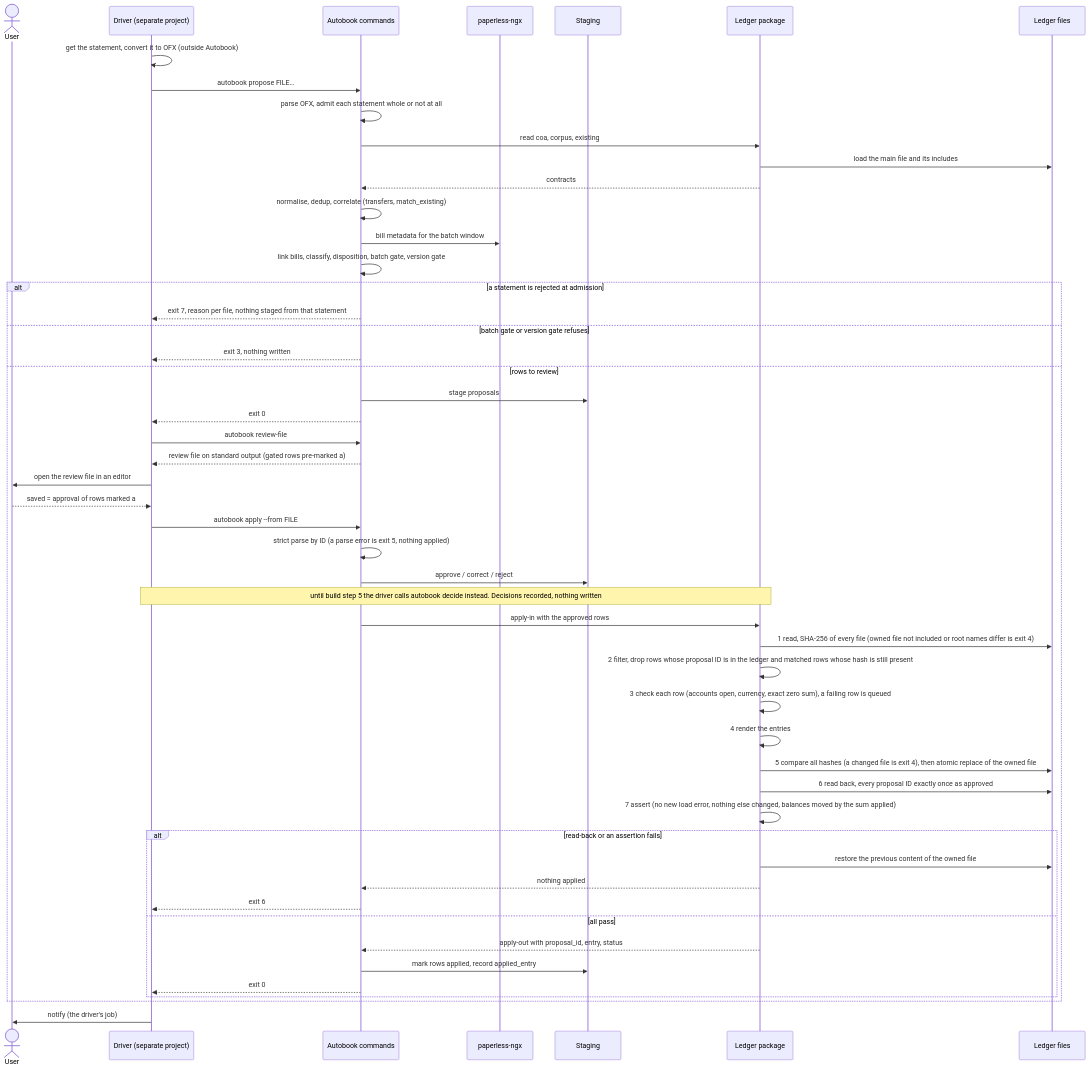
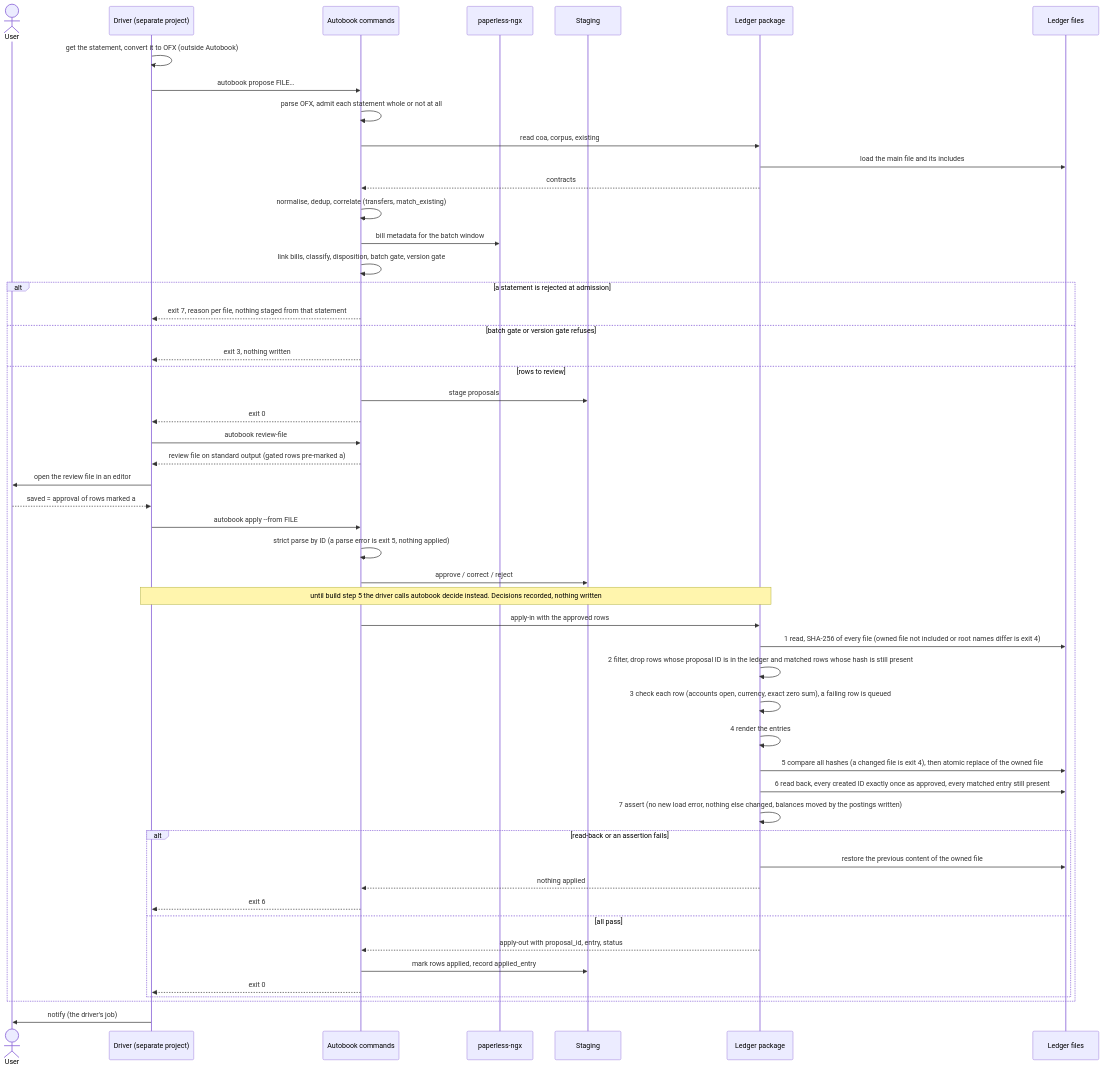
Before and after one commit to Ralphovi/autobook: the diagram in docs/design/architecture/diagrams/booking-run-sequence.mermaid, drawn with Mermaid. The commit also changed 8 other files, not shown here.

First line of the commit message:
docs: separate read-back and balance checks for matched rows (Codex review)

```diff
--- a/docs/design/architecture/diagrams/booking-run-sequence.mermaid
+++ b/docs/design/architecture/diagrams/booking-run-sequence.mermaid
@@ -1,54 +1,54 @@
 %% Runtime — one booking run (section 6.1)
 %% Diagrams as code. Render with any Mermaid renderer.
 sequenceDiagram
     actor U as User
     participant D as Driver (separate project)
     participant A as Autobook commands
     participant PL as paperless-ngx
     participant S as Staging
     participant L as Ledger package
     participant F as Ledger files
 
     D->>D: get the statement, convert it to OFX (outside Autobook)
     D->>A: autobook propose FILE…
     A->>A: parse OFX, admit each statement whole or not at all
     A->>L: read coa, corpus, existing
     L->>F: load the main file and its includes
     L-->>A: contracts
     A->>A: normalise, dedup, correlate (transfers, match_existing)
     A->>PL: bill metadata for the batch window
     A->>A: link bills, classify, disposition, batch gate, version gate
     alt a statement is rejected at admission
         A-->>D: exit 7, reason per file, nothing staged from that statement
     else batch gate or version gate refuses
         A-->>D: exit 3, nothing written
     else rows to review
         A->>S: stage proposals
         A-->>D: exit 0
         D->>A: autobook review-file
         A-->>D: review file on standard output (gated rows pre-marked a)
         D->>U: open the review file in an editor
         U-->>D: saved = approval of rows marked a
         D->>A: autobook apply --from FILE
         A->>A: strict parse by ID (a parse error is exit 5, nothing applied)
         A->>S: approve / correct / reject
         Note over D,L: until build step 5 the driver calls autobook decide instead. Decisions recorded, nothing written
         A->>L: apply-in with the approved rows
         L->>F: 1 read, SHA-256 of every file (owned file not included or root names differ is exit 4)
         L->>L: 2 filter, drop rows whose proposal ID is in the ledger and matched rows whose hash is still present
         L->>L: 3 check each row (accounts open, currency, exact zero sum), a failing row is queued
         L->>L: 4 render the entries
         L->>F: 5 compare all hashes (a changed file is exit 4), then atomic replace of the owned file
-        L->>F: 6 read back, every proposal ID exactly once as approved
-        L->>L: 7 assert (no new load error, nothing else changed, balances moved by the sum applied)
+        L->>F: 6 read back, every created ID exactly once as approved, every matched entry still present
+        L->>L: 7 assert (no new load error, nothing else changed, balances moved by the postings written)
         alt read-back or an assertion fails
             L->>F: restore the previous content of the owned file
             L-->>A: nothing applied
             A-->>D: exit 6
         else all pass
             L-->>A: apply-out with proposal_id, entry, status
             A->>S: mark rows applied, record applied_entry
             A-->>D: exit 0
         end
     end
     D->>U: notify (the driver's job)
```
